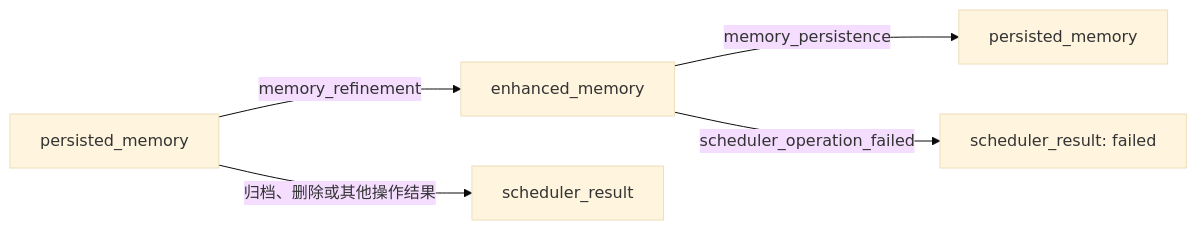
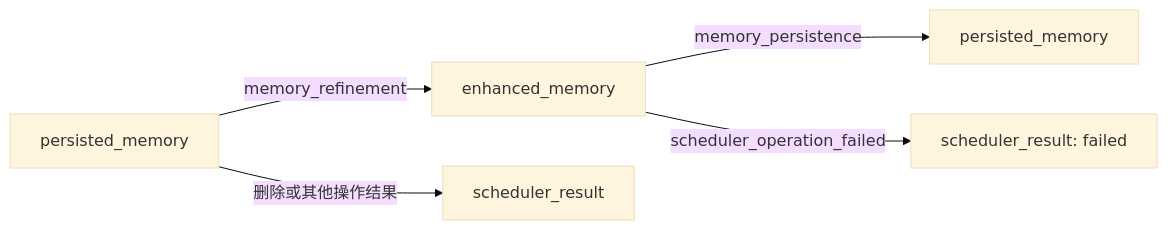
The second of 3 diagrams in apps/memtrace-memos-integration/memos_smartcomment/CONVENTIONS.md (consultantQ/MemOS), drawn with Mermaid (base theme) before and after one commit. The commit also changed other lines of this file and 11 other files, not shown here.

````diff
--- a/apps/memtrace-memos-integration/memos_smartcomment/CONVENTIONS.md
+++ b/apps/memtrace-memos-integration/memos_smartcomment/CONVENTIONS.md
@@ -245,7 +243,7 @@
 ```mermaid
 flowchart LR
     P[persisted_memory] -->|memory_refinement| E[enhanced_memory]
     E -->|memory_persistence| P2[persisted_memory]
-    P -->|归档、删除或其他操作结果| S[scheduler_result]
+    P -->|删除或其他操作结果| S[scheduler_result]
     E -->|scheduler_operation_failed| SF[scheduler_result: failed]
 ```
````
